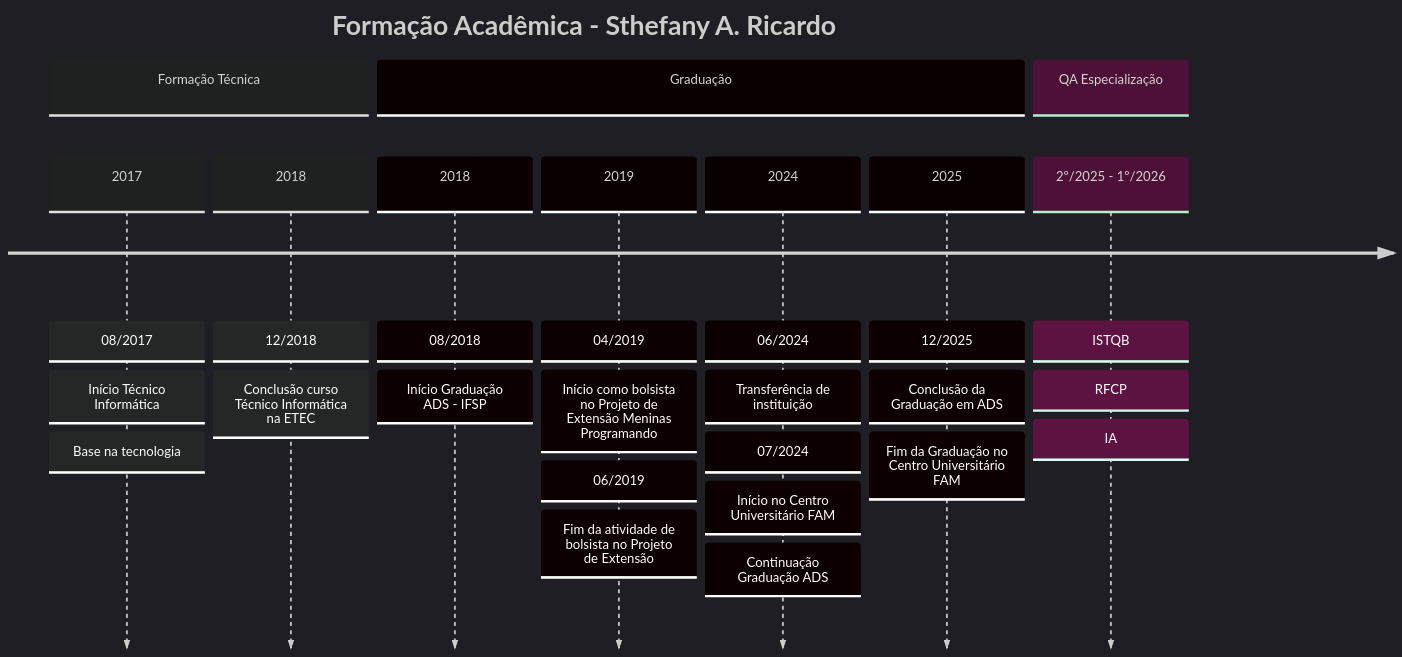
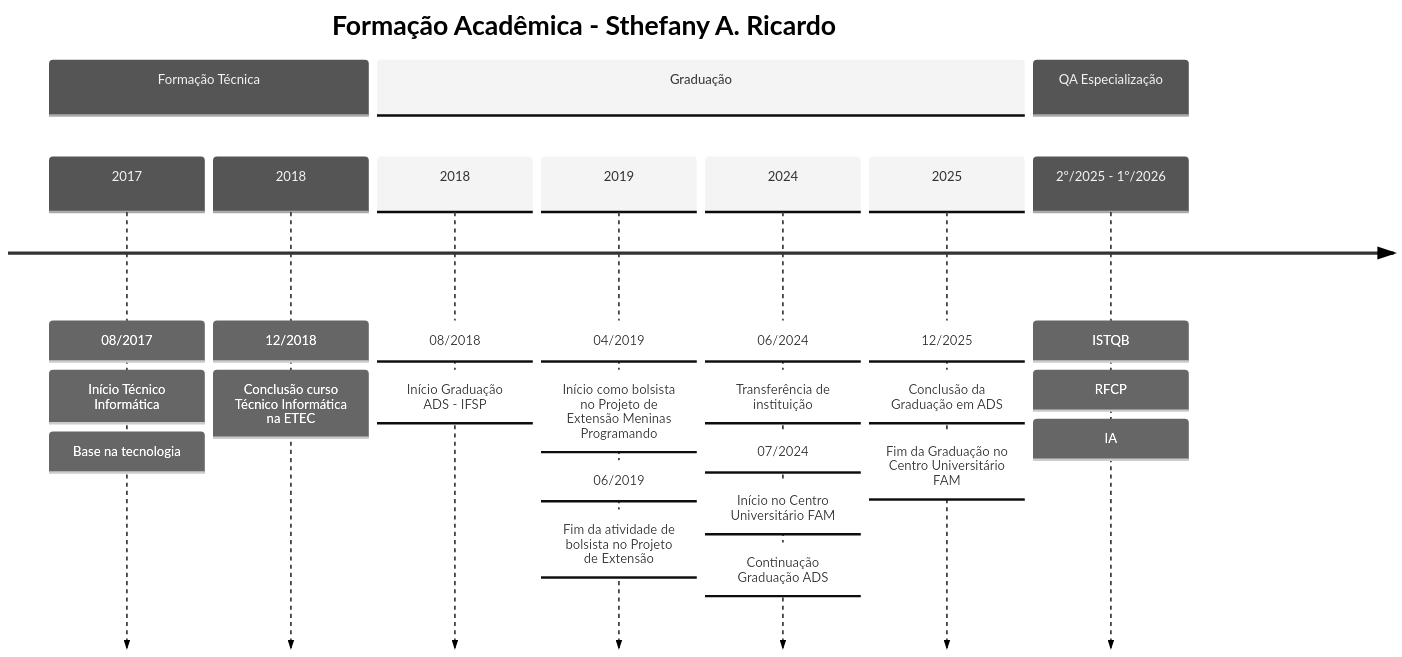
Before and after one commit to sthefanyricardo/sthefanyricardo: the second of 2 diagrams in README.md, drawn with Mermaid. The commit also changed other lines of this file, not shown here.

Commit message:
alteracao do tema no grafico do mermaid

````diff
--- a/README.md
+++ b/README.md
@@ -93,36 +93,36 @@
 ```mermaid
 ---
 config:
-  theme: 'dark'
+  theme: 'neutral'
 ---
 timeline
     title Formação Acadêmica - Sthefany A. Ricardo
     
     section Formação Técnica
     2017
         : 08/2017 : Início Técnico Informática
         : Base na tecnologia
     2018
         : 12/2018 : Conclusão curso Técnico Informática na ETEC
     
     section Graduação
     2018 
         : 08/2018 : Início Graduação ADS - IFSP
     
     2019 
         : 04/2019 : Início como bolsista no Projeto de Extensão Meninas Programando
         : 06/2019 : Fim da atividade de bolsista no Projeto de Extensão
     
     2024
         : 06/2024 : Transferência de instituição
         : 07/2024 : Início no Centro Universitário FAM
         : Continuação Graduação ADS
     
     2025
         : 12/2025 : Conclusão da Graduação em ADS
         : Fim da Graduação no Centro Universitário FAM
     
     section QA Especialização
     2º/2025 - 1º/2026 
            : ISTQB : RFCP : IA
 ```
````
